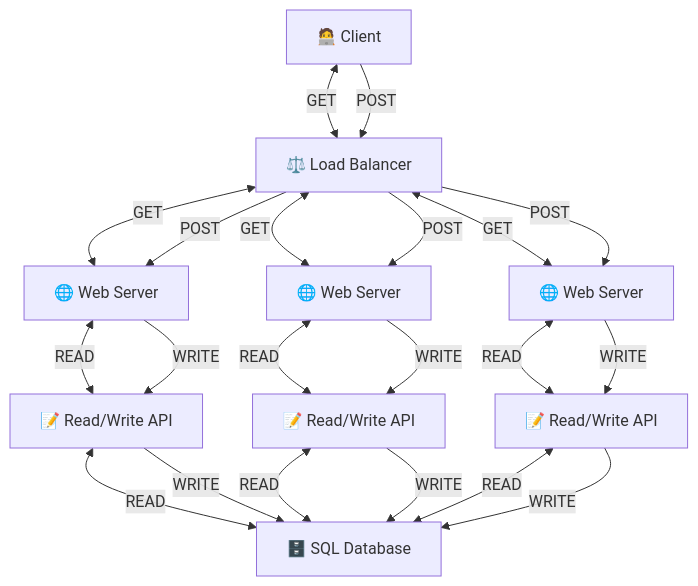
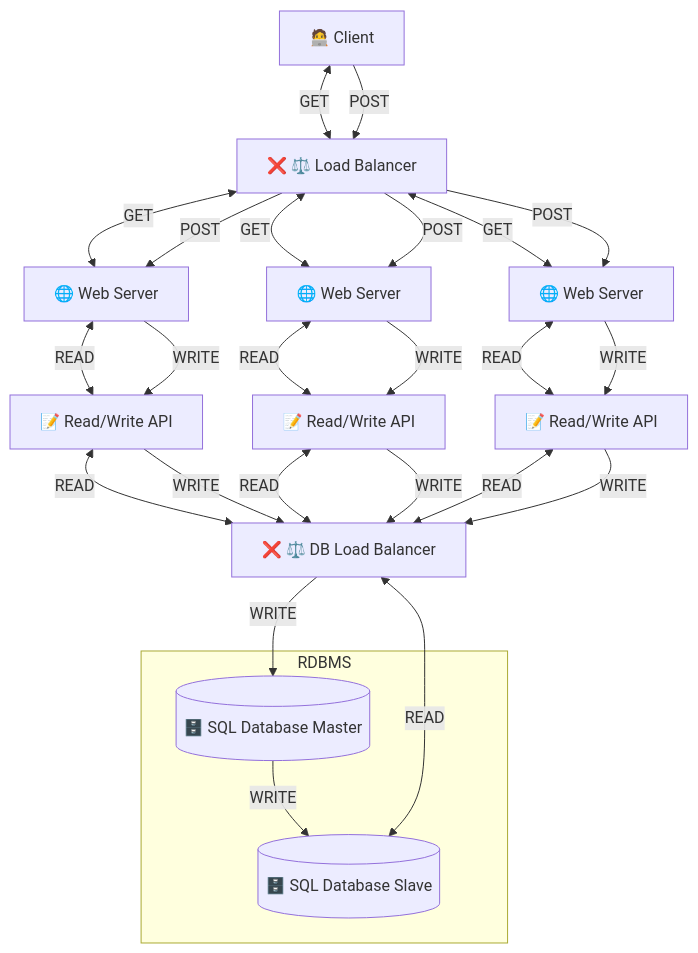
The seventh of 13 diagrams in mermaid_demo.md (clockworkpc/simsite), drawn with Mermaid before and after one commit. The commit also changed other lines of this file, not shown here.

````diff
--- a/mermaid_demo.md
+++ b/mermaid_demo.md
@@ -84,32 +141,44 @@
 ```mermaid
 graph TD
     client[🧑‍💻 Client]
-    loadbalancer[⚖️ Load Balancer]
+    loadbalancer[❌ ⚖️ Load Balancer]
     web1[🌐 Web Server]
     web2[🌐 Web Server]
     web3[🌐 Web Server]
     client <-->|GET| loadbalancer
     client -->|POST| loadbalancer
     loadbalancer <-->|GET| web1
     loadbalancer -->|POST| web1
     loadbalancer <-->|GET| web2
     loadbalancer -->|POST| web2
     loadbalancer <-->|GET| web3
     loadbalancer -->|POST| web3
     readwriteapi1[📝 Read/Write API]
     readwriteapi2[📝 Read/Write API]
     readwriteapi3[📝 Read/Write API]
     web1 <-->|READ| readwriteapi1
     web1 -->|WRITE| readwriteapi1
     web2 <-->|READ| readwriteapi2
     web2 -->|WRITE| readwriteapi2
     web3 <-->|READ| readwriteapi3
     web3 -->|WRITE| readwriteapi3
-    sql[🗄️ SQL Database]
-    readwriteapi1 <-->|READ| sql
-    readwriteapi1 -->|WRITE| sql
-    readwriteapi2 <-->|READ| sql
-    readwriteapi2 -->|WRITE| sql
-    readwriteapi3 <-->|READ| sql
-    readwriteapi3 -->|WRITE| sql
+
+    dbloadbalancer[❌ ⚖️ DB Load Balancer]
+
+    subgraph sql[RDBMS]
+        sqlmaster[(🗄️ SQL Database Master)]
+        sqlslave[(🗄️ SQL Database Slave)]
+    end
+
+    sqlmaster -->|WRITE| sqlslave
+
+    readwriteapi1 <-->|READ| dbloadbalancer
+    readwriteapi1 -->|WRITE| dbloadbalancer
+    readwriteapi2 <-->|READ| dbloadbalancer
+    readwriteapi2 -->|WRITE| dbloadbalancer
+    readwriteapi3 <-->|READ| dbloadbalancer
+    readwriteapi3 -->|WRITE| dbloadbalancer
+    dbloadbalancer -->|WRITE| sqlmaster
+    dbloadbalancer <-->|READ| sqlslave
+
 ```
````
